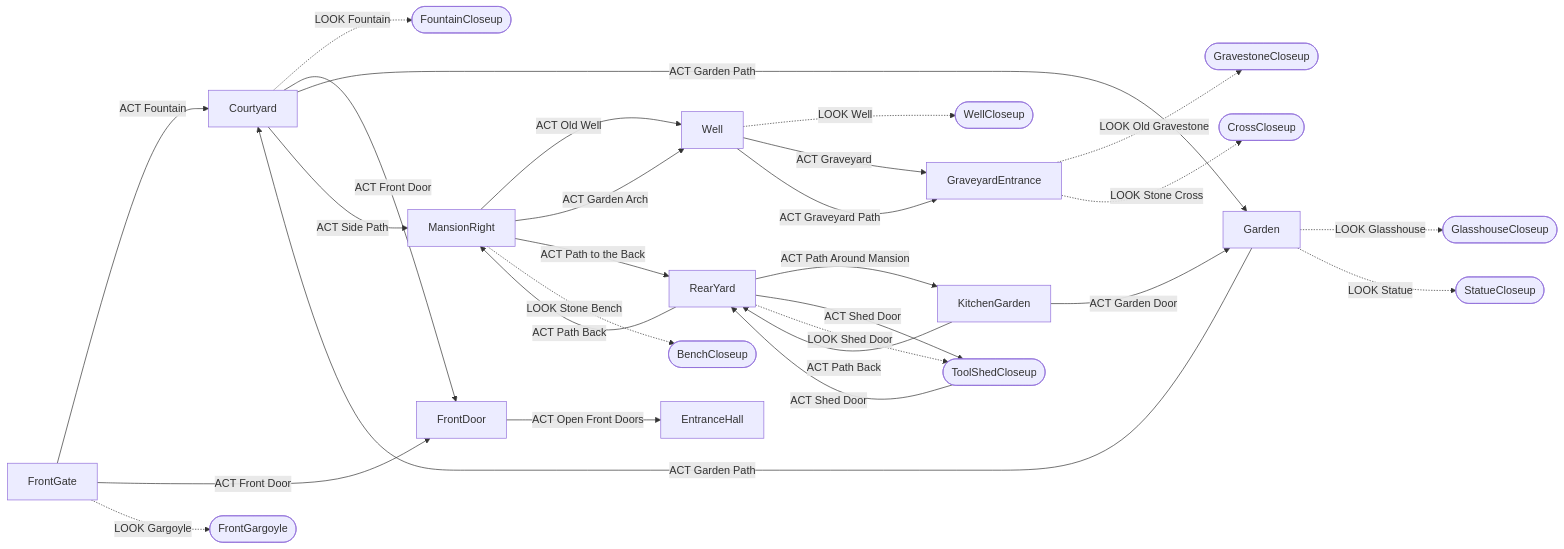
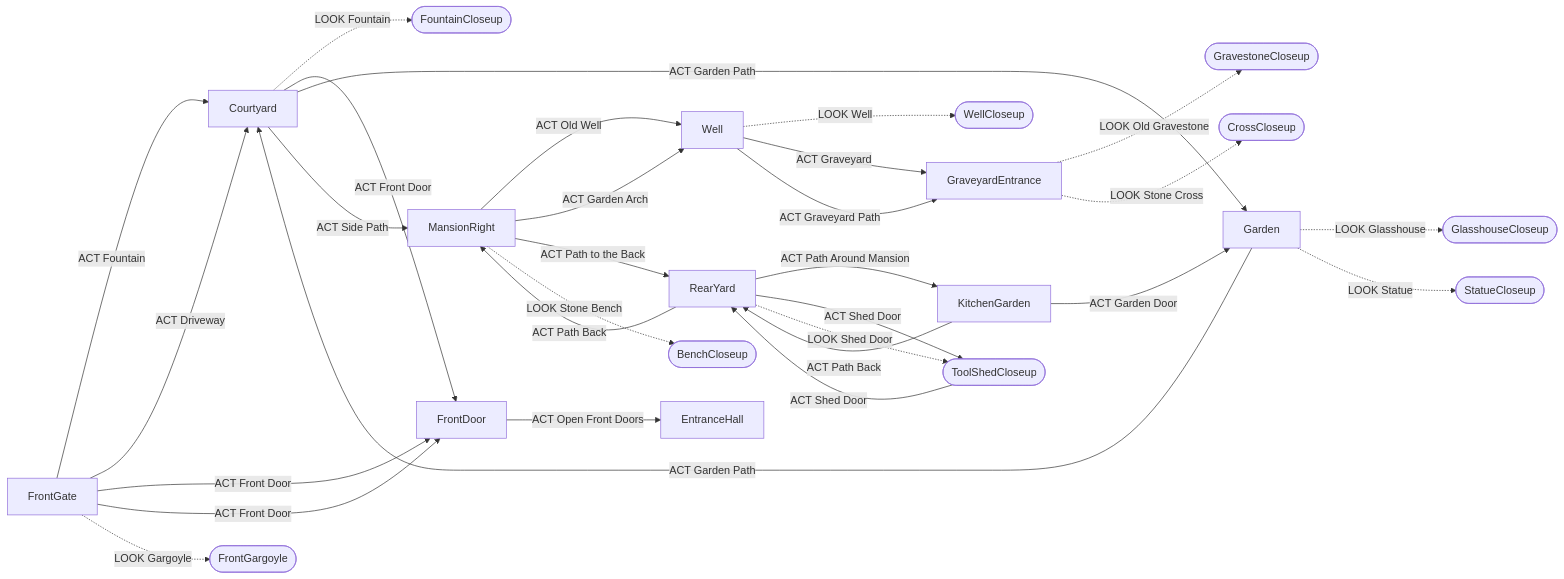
Before and after one commit to jamesmcmahondk-oss/The-Mansion: the diagram in SCENES.md, drawn with Mermaid. The commit also changed other lines of this file and 4 other files, not shown here.

First line of the commit message:
New front gate pictures: the right-hand gargoyle has gone

````diff
--- a/SCENES.md
+++ b/SCENES.md
@@ -9,49 +9,51 @@
 ```mermaid
 flowchart LR
     FrontGate["FrontGate"]
     FountainCloseup(["FountainCloseup"])
     Courtyard["Courtyard"]
     Garden["Garden"]
     StatueCloseup(["StatueCloseup"])
     GlasshouseCloseup(["GlasshouseCloseup"])
     MansionRight["MansionRight"]
     RearYard["RearYard"]
     ToolShedCloseup(["ToolShedCloseup"])
     KitchenGarden["KitchenGarden"]
     BenchCloseup(["BenchCloseup"])
     Well["Well"]
     GraveyardEntrance["GraveyardEntrance"]
     WellCloseup(["WellCloseup"])
     CrossCloseup(["CrossCloseup"])
     GravestoneCloseup(["GravestoneCloseup"])
     FrontGargoyle(["FrontGargoyle"])
     FrontDoor["FrontDoor"]
     EntranceHall["EntranceHall"]
     FrontGate -->|ACT Fountain| Courtyard
+    FrontGate -->|ACT Driveway| Courtyard
+    FrontGate -->|ACT Front Door| FrontDoor
     FrontGate -->|ACT Front Door| FrontDoor
     FrontGate -.->|LOOK Gargoyle| FrontGargoyle
     Courtyard -.->|LOOK Fountain| FountainCloseup
     Courtyard -->|ACT Front Door| FrontDoor
     Courtyard -->|ACT Garden Path| Garden
     Courtyard -->|ACT Side Path| MansionRight
     Garden -.->|LOOK Glasshouse| GlasshouseCloseup
     Garden -->|ACT Garden Path| Courtyard
     Garden -.->|LOOK Statue| StatueCloseup
     MansionRight -->|ACT Old Well| Well
     MansionRight -->|ACT Garden Arch| Well
     MansionRight -->|ACT Path to the Back| RearYard
     MansionRight -.->|LOOK Stone Bench| BenchCloseup
     RearYard -->|ACT Path Back| MansionRight
     RearYard -->|ACT Path Around Mansion| KitchenGarden
     RearYard -->|ACT Shed Door| ToolShedCloseup
     RearYard -.->|LOOK Shed Door| ToolShedCloseup
     ToolShedCloseup -->|ACT Shed Door| RearYard
     KitchenGarden -->|ACT Garden Door| Garden
     KitchenGarden -->|ACT Path Back| RearYard
     Well -.->|LOOK Well| WellCloseup
     Well -->|ACT Graveyard| GraveyardEntrance
     Well -->|ACT Graveyard Path| GraveyardEntrance
     GraveyardEntrance -.->|LOOK Old Gravestone| GravestoneCloseup
     GraveyardEntrance -.->|LOOK Stone Cross| CrossCloseup
     FrontDoor -->|ACT Open Front Doors| EntranceHall
 ```
````
